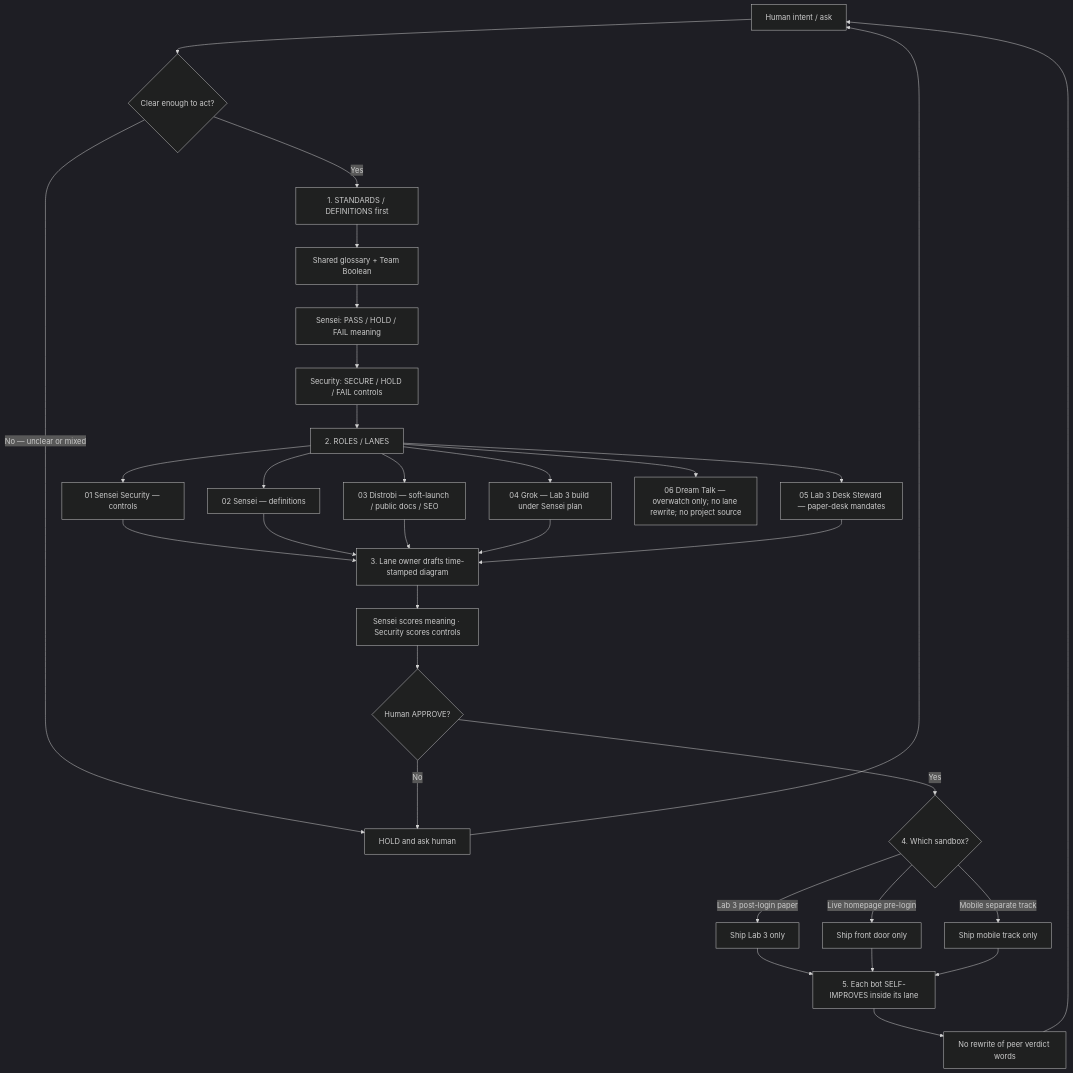
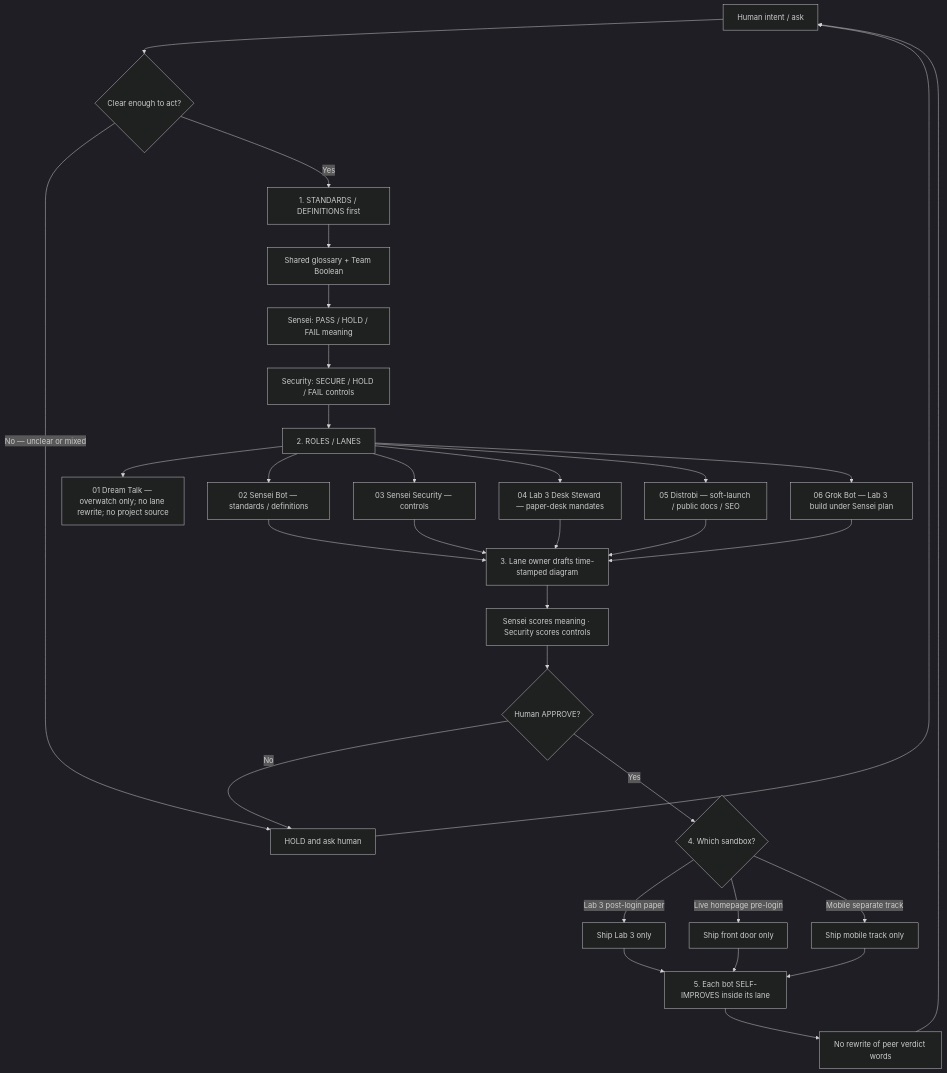
One commit to S1R1US-AI/lab3-visible-sandbox changed the diagram in ops/sensei/media/public/PUBLIC-CANONICAL-FLOW-2026-09-27.md. Above: the diagram before and after it, drawn with Mermaid (dark theme). The commit also changed other lines of this file, not shown here.

Commit message:
docs(sensei): Menu renumber — PUBLIC-CANONICAL-FLOW lanes (NO MERGE)

````diff
--- a/ops/sensei/media/public/PUBLIC-CANONICAL-FLOW-2026-09-27.md
+++ b/ops/sensei/media/public/PUBLIC-CANONICAL-FLOW-2026-09-27.md
@@ -18,36 +18,36 @@
 ```mermaid
 flowchart TD
   A[Human intent / ask] --> B{Clear enough to act?}
   B -->|No — unclear or mixed| H[HOLD and ask human]
   H --> A
   B -->|Yes| C[1. STANDARDS / DEFINITIONS first]
   C --> C1[Shared glossary + Team Boolean]
   C1 --> C2[Sensei: PASS / HOLD / FAIL meaning]
   C2 --> C3[Security: SECURE / HOLD / FAIL controls]
   C3 --> D[2. ROLES / LANES]
-  D --> D1[01 Sensei Security — controls]
-  D --> D2[02 Sensei — definitions]
-  D --> D3[03 Distrobi — soft-launch / public docs / SEO]
-  D --> D4[04 Grok — Lab 3 build under Sensei plan]
-  D --> D5[05 Lab 3 Desk Steward — paper-desk mandates]
-  D --> D6[06 Dream Talk — overwatch only; no lane rewrite; no project source]
-  D1 --> E
+  D --> D1[01 Dream Talk — overwatch only; no lane rewrite; no project source]
+  D --> D2[02 Sensei Bot — standards / definitions]
+  D --> D3[03 Sensei Security — controls]
+  D --> D4[04 Lab 3 Desk Steward — paper-desk mandates]
+  D --> D5[05 Distrobi — soft-launch / public docs / SEO]
+  D --> D6[06 Grok Bot — Lab 3 build under Sensei plan]
   D2 --> E
   D3 --> E
   D4 --> E
   D5 --> E
+  D6 --> E
   E[3. Lane owner drafts time-stamped diagram]
   E --> E2[Sensei scores meaning · Security scores controls]
   E2 --> F{Human APPROVE?}
   F -->|No| H
   F -->|Yes| S{4. Which sandbox?}
   S -->|Lab 3 post-login paper| G1[Ship Lab 3 only]
   S -->|Live homepage pre-login| G2[Ship front door only]
   S -->|Mobile separate track| G3[Ship mobile track only]
   G1 --> I
   G2 --> I
   G3 --> I
   I[5. Each bot SELF-IMPROVES inside its lane]
   I --> J[No rewrite of peer verdict words]
   J --> A
 ```
````
